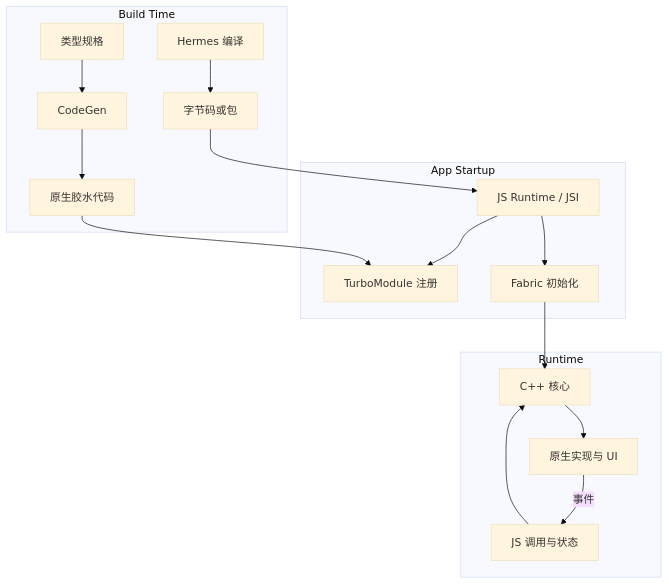
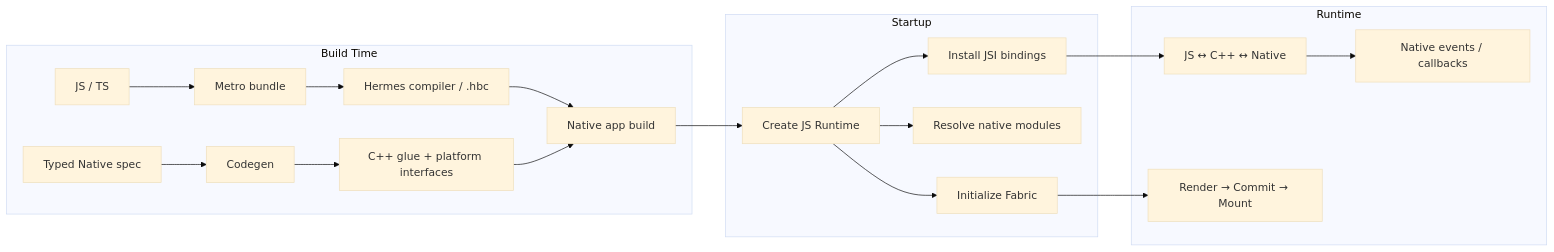
The diagram in knowledge/react-native/chapter-01/index.md (liucaidong/knowverse), drawn with Mermaid (base theme) before and after one commit. The commit also changed other lines of this file and 38 other files, not shown here.

Commit message:
feat: complete React Native new architecture learning domain

````diff
--- a/knowledge/react-native/chapter-01/index.md
+++ b/knowledge/react-native/chapter-01/index.md
@@ -7,19 +7,20 @@
 ```mermaid
-flowchart TD
- subgraph Build[Build Time]
- H[Hermes 编译] --> Bundle[字节码或包]
- Schema[类型规格] --> CG[CodeGen] --> Glue[原生胶水代码]
+flowchart LR
+ subgraph B[Build Time]
+  JS[JS / TS] --> Metro[Metro bundle] --> Hermes[Hermes compiler / .hbc]
+  Spec[Typed Native spec] --> CG[Codegen] --> Glue[C++ glue + platform interfaces]
+  Hermes --> App[Native app build]
+  Glue --> App
  end
- subgraph Start[App Startup]
- JSRT[JS Runtime / JSI] --> TReg[TurboModule 注册]
- JSRT --> Fabric[Fabric 初始化]
+ subgraph S[Startup]
+  App --> Runtime[Create JS Runtime]
+  Runtime --> JSI[Install JSI bindings]
+  Runtime --> Registry[Resolve native modules]
+  Runtime --> Fabric[Initialize Fabric]
  end
- subgraph Run[Runtime]
- JS[JS 调用与状态] --> CPP[C++ 核心]
- CPP --> Native[原生实现与 UI]
- Native -->|事件| JS
+ subgraph R[Runtime]
+  JSI --> Calls[JS ↔ C++ ↔ Native]
+  Fabric --> Render[Render → Commit → Mount]
+  Calls --> Events[Native events / callbacks]
  end
- Bundle --> JSRT
- Glue --> TReg
- Fabric --> CPP
 ```
````
